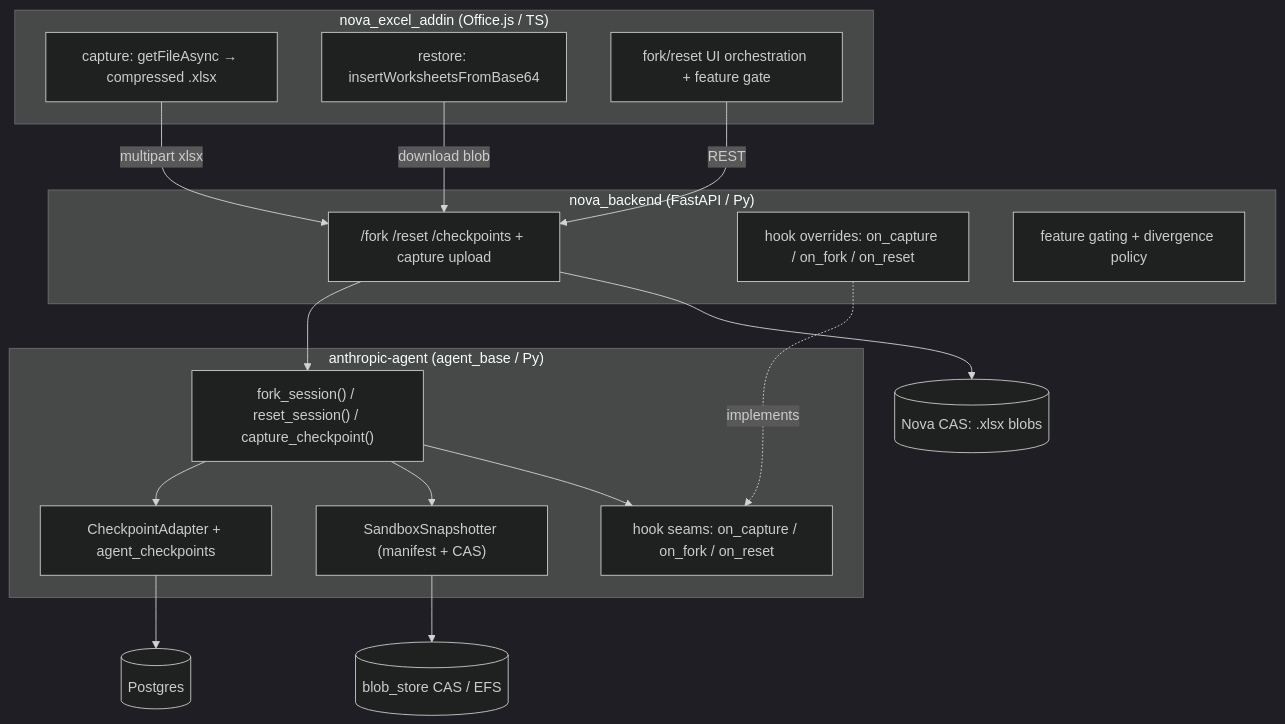
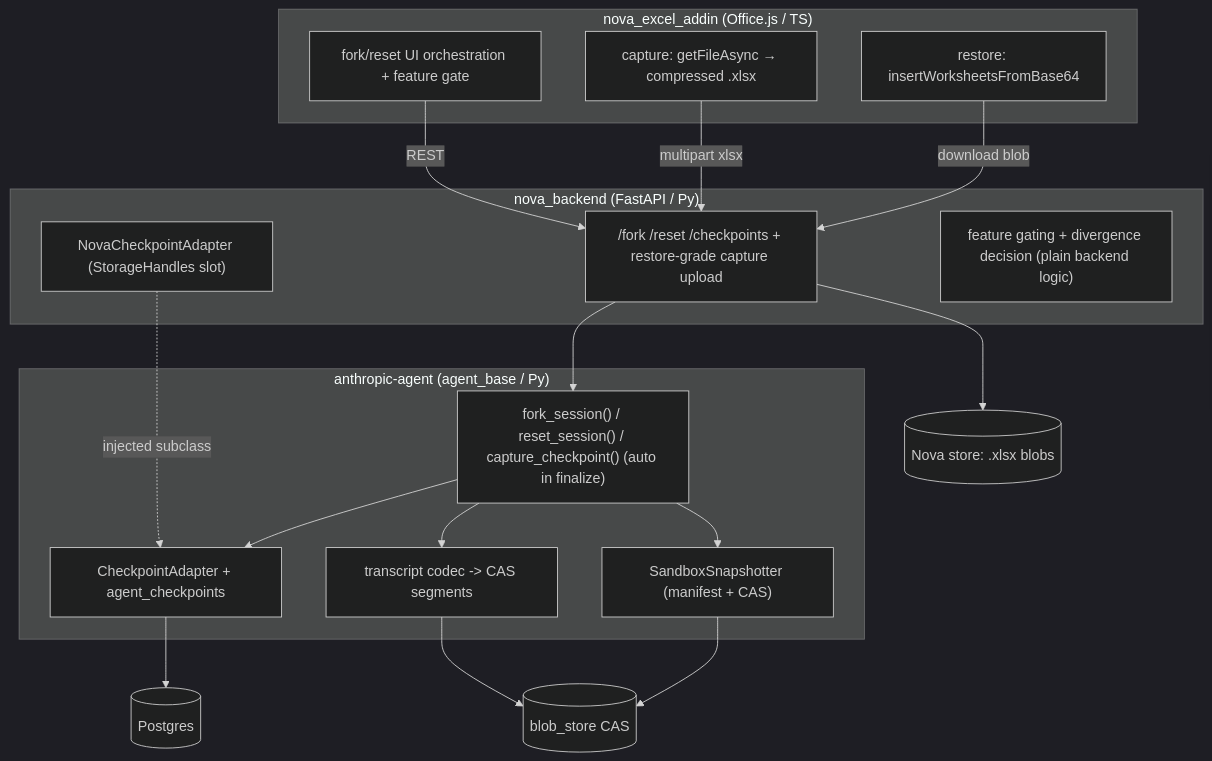
Before and after one commit to AuroSoni/agent-harness: the first of 5 diagrams in fork_reset_design/00-overview.md, drawn with Mermaid (dark theme). The commit also changed other lines of this file and 6 other files, not shown here.

First line of the commit message:
Update design documentation and configuration files for fork/reset feature

````diff
--- a/fork_reset_design/00-overview.md
+++ b/fork_reset_design/00-overview.md
@@ -34,30 +44,31 @@
 ```mermaid
 graph TB
     subgraph FE["nova_excel_addin (Office.js / TS)"]
         CAP["capture: getFileAsync → compressed .xlsx"]
         RES["restore: insertWorksheetsFromBase64"]
         ORCH["fork/reset UI orchestration + feature gate"]
     end
     subgraph BE["nova_backend (FastAPI / Py)"]
-        API["/fork /reset /checkpoints + capture upload"]
-        HOOKS["hook overrides: on_capture / on_fork / on_reset"]
-        GATE["feature gating + divergence policy"]
+        API["/fork /reset /checkpoints + restore-grade capture upload"]
+        ADPT["NovaCheckpointAdapter (StorageHandles slot)"]
+        GATE["feature gating + divergence decision (plain backend logic)"]
     end
     subgraph LIB["anthropic-agent (agent_base / Py)"]
-        VERBS["fork_session() / reset_session() / capture_checkpoint()"]
+        VERBS["fork_session() / reset_session() / capture_checkpoint() (auto in finalize)"]
         LEDGER["CheckpointAdapter + agent_checkpoints"]
+        CODEC["transcript codec -> CAS segments"]
         SNAP["SandboxSnapshotter (manifest + CAS)"]
-        HP["hook seams: on_capture / on_fork / on_reset"]
     end
     ORCH -->|REST| API
     CAP -->|multipart xlsx| API
     RES -->|download blob| API
     API --> VERBS
-    HOOKS -. implements .-> HP
+    ADPT -. injected subclass .-> LEDGER
     VERBS --> LEDGER
+    VERBS --> CODEC
     VERBS --> SNAP
-    VERBS --> HP
     LEDGER --> PG[(Postgres)]
-    SNAP --> CAS[(blob_store CAS / EFS)]
-    API --> NCAS[(Nova CAS: .xlsx blobs)]
+    CODEC --> CAS[(blob_store CAS)]
+    SNAP --> CAS
+    API --> NCAS[(Nova store: .xlsx blobs)]
 ```
````
